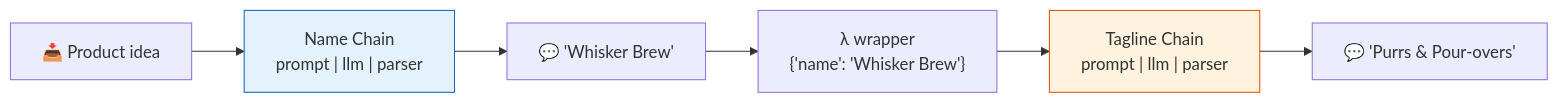
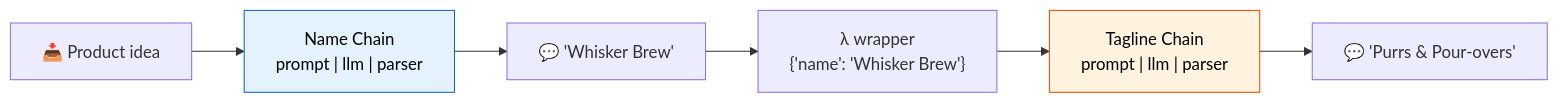
One commit to remolaan/Agentic-AI-Cookbook changed the third of 4 diagrams in 05_chains/README.md. Above: the diagram before and after it, drawn with Mermaid. The commit also changed other lines of this file and 45 other files, not shown here.

Commit message:
Fix Mermaid diagram text colors for readability across all READMEs

````diff
--- a/05_chains/README.md
+++ b/05_chains/README.md
@@ -75,11 +75,11 @@
 ```mermaid
 flowchart LR
     I["📥 Product idea"] --> C1["Name Chain<br/>prompt | llm | parser"]
     C1 --> O1["💬 'Whisker Brew'"]
     O1 --> L["λ wrapper<br/>{'name': 'Whisker Brew'}"]
     L --> C2["Tagline Chain<br/>prompt | llm | parser"]
     C2 --> O2["💬 'Purrs & Pour-overs'"]
     
-    style C1 fill:#e3f2fd,stroke:#1565c0
-    style C2 fill:#fff3e0,stroke:#e65100
+    style C1 fill:#e3f2fd,stroke:#1565c0,color:#000000
+    style C2 fill:#fff3e0,stroke:#e65100,color:#000000
 ```
````
